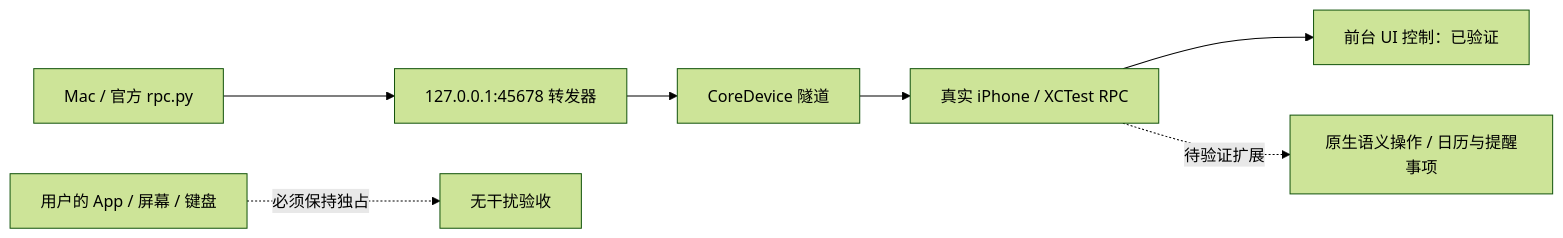
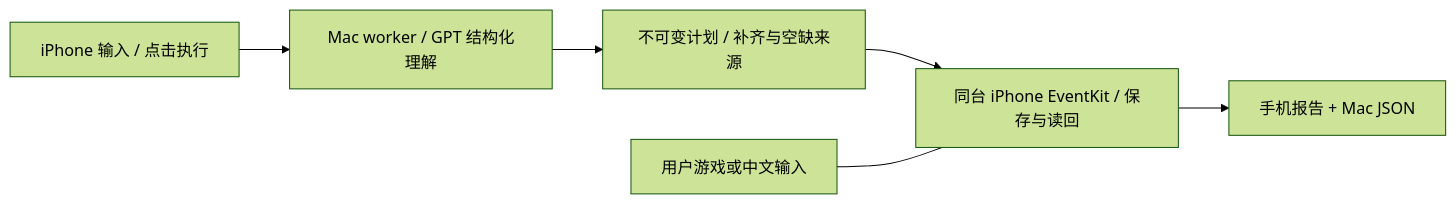
Before and after one commit to arielz37/AgentX: the diagram in README.md, drawn with Mermaid (forest theme). The commit also changed other lines of this file and 27 other files, not shown here.

First line of the commit message:
feat: add native iPhone calendar execution and GPT planning

````diff
--- a/README.md
+++ b/README.md
@@ -7,9 +7,8 @@
 ```mermaid
 flowchart LR
-    A[Mac / 官方 rpc.py] --> B[127.0.0.1:45678 转发器]
-    B --> C[CoreDevice 隧道]
-    C --> D[真实 iPhone / XCTest RPC]
-    D --> E[前台 UI 控制：已验证]
-    D -. 待验证扩展 .-> F[原生语义操作 / 日历与提醒事项]
-    U[用户的 App / 屏幕 / 键盘] -. 必须保持独占 .-> G[无干扰验收]
+    I[iPhone 输入 / 点击执行] --> M[Mac worker / GPT 结构化理解]
+    M --> P[不可变计划 / 补齐与空缺来源]
+    P --> E[同台 iPhone EventKit / 保存与读回]
+    E --> R[手机报告 + Mac JSON]
+    G[用户游戏或中文输入] --- E
 ```
````
